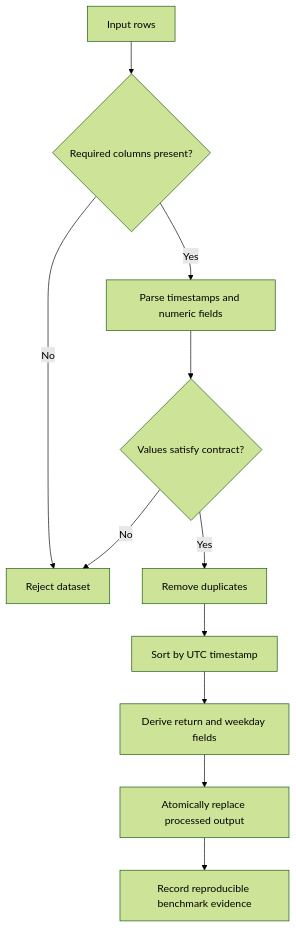
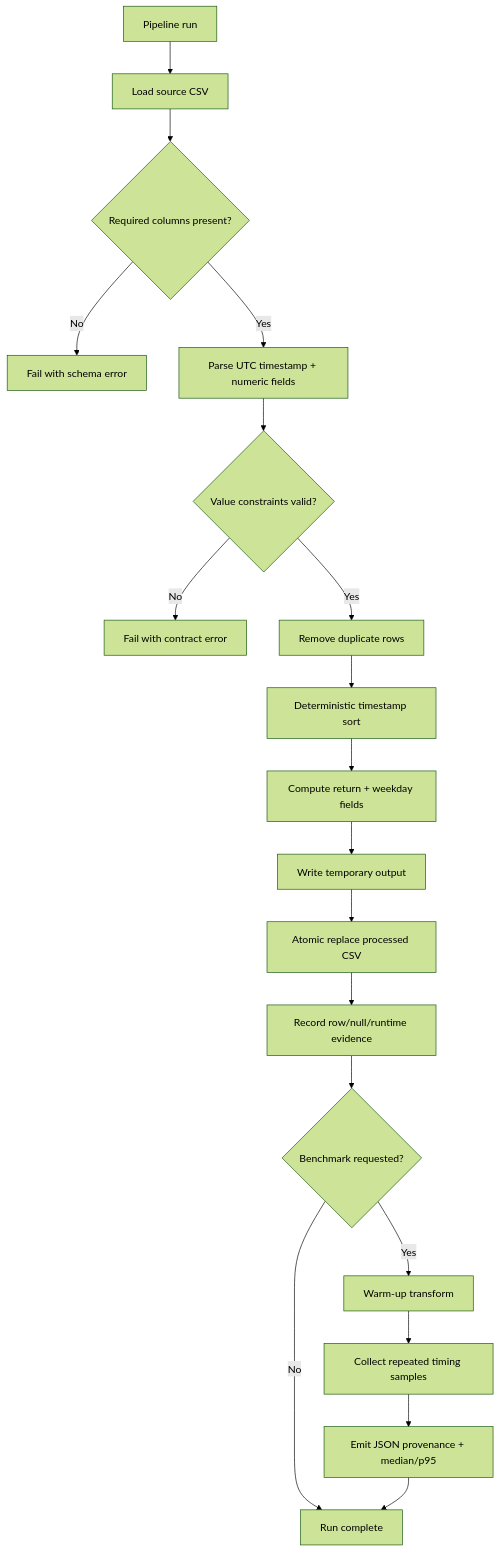
Before and after one commit to CoreyLeath-code/NYC-Finance-Data-Engineering-Project: the second of 3 diagrams in README.md, drawn with Mermaid (forest theme). The commit also changed other lines of this file, not shown here.

Commit message:
docs: expand README evidence, architecture, benchmarks and roadmap

````diff
--- a/README.md
+++ b/README.md
@@ -50,13 +64,21 @@
 ```mermaid
 flowchart TD
-    Raw["Input rows"] --> Schema{"Required columns present?"}
-    Schema -->|No| Reject["Reject dataset"]
-    Schema -->|Yes| Types["Parse timestamps and numeric fields"]
-    Types --> Values{"Values satisfy contract?"}
-    Values -->|No| Reject
-    Values -->|Yes| Dedupe["Remove duplicates"]
-    Dedupe --> Sort["Sort by UTC timestamp"]
-    Sort --> Derive["Derive return and weekday fields"]
-    Derive --> Persist["Atomically replace processed output"]
-    Persist --> Bench["Record reproducible benchmark evidence"]
+    Start["Pipeline run"] --> Read["Load source CSV"]
+    Read --> Schema{"Required columns present?"}
+    Schema -->|No| RejectSchema["Fail with schema error"]
+    Schema -->|Yes| Parse["Parse UTC timestamp + numeric fields"]
+    Parse --> Values{"Value constraints valid?"}
+    Values -->|No| RejectValue["Fail with contract error"]
+    Values -->|Yes| Dedupe["Remove duplicate rows"]
+    Dedupe --> Sort["Deterministic timestamp sort"]
+    Sort --> Derive["Compute return + weekday fields"]
+    Derive --> Write["Write temporary output"]
+    Write --> Replace["Atomic replace processed CSV"]
+    Replace --> Evidence["Record row/null/runtime evidence"]
+    Evidence --> Bench{"Benchmark requested?"}
+    Bench -->|Yes| Warmup["Warm-up transform"]
+    Warmup --> Samples["Collect repeated timing samples"]
+    Samples --> Report["Emit JSON provenance + median/p95"]
+    Bench -->|No| Done["Run complete"]
+    Report --> Done
 ```
````
